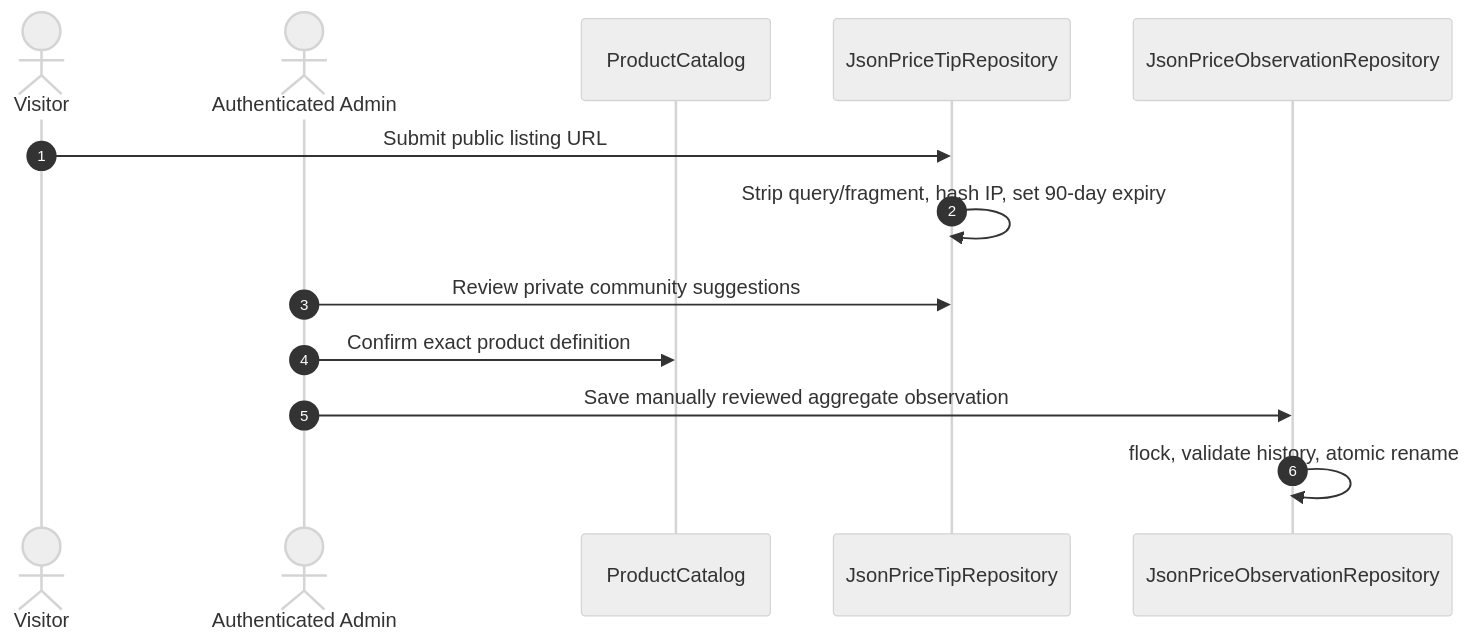
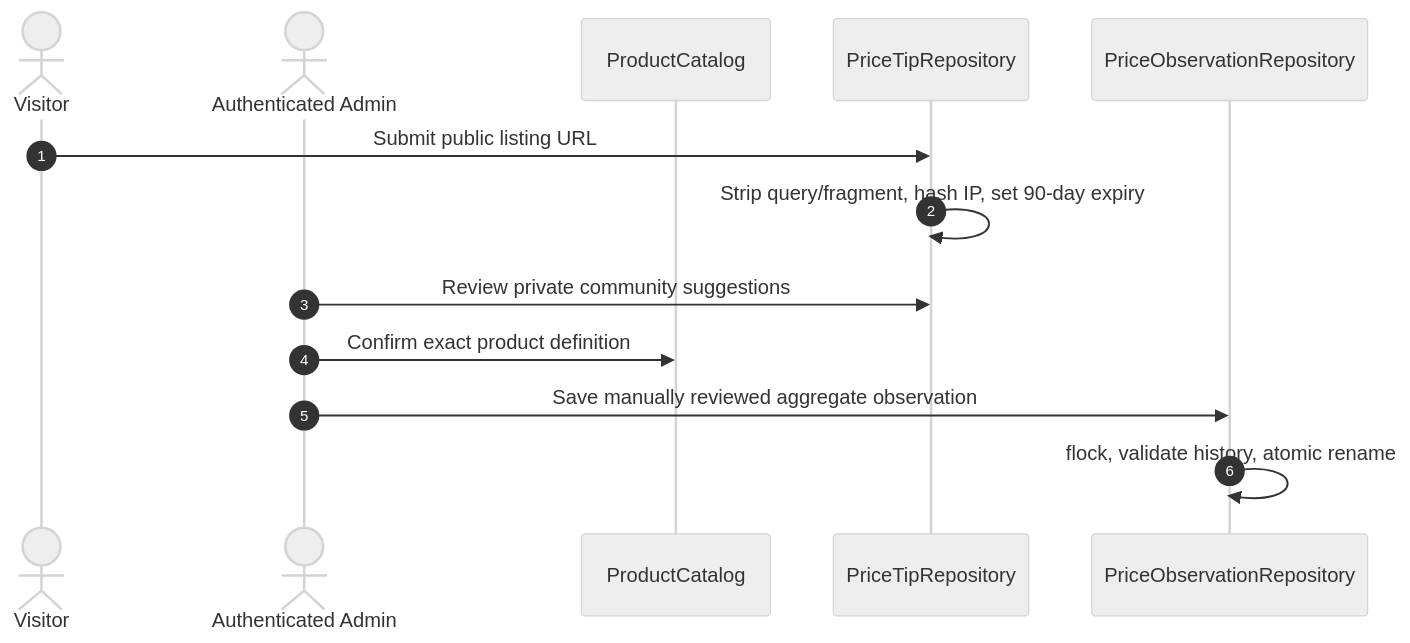
One commit to bahdanhal/landing changed the third of 3 diagrams in ARCHITECTURE.md. Above: the diagram before and after it, drawn with Mermaid (neutral theme). The commit also changed other lines of this file and 27 other files, not shown here.

````diff
--- a/ARCHITECTURE.md
+++ b/ARCHITECTURE.md
@@ -187,16 +189,16 @@
 ```mermaid
 sequenceDiagram
     autonumber
     actor Visitor
     actor Bahdan as Authenticated Admin
     participant Catalog as ProductCatalog
-    participant Tips as JsonPriceTipRepository
-    participant Repository as JsonPriceObservationRepository
+    participant Tips as PriceTipRepository
+    participant Repository as PriceObservationRepository
 
     Visitor->>Tips: Submit public listing URL
     Tips->>Tips: Strip query/fragment, hash IP, set 90-day expiry
     Bahdan->>Tips: Review private community suggestions
     Bahdan->>Catalog: Confirm exact product definition
     Bahdan->>Repository: Save manually reviewed aggregate observation
     Repository->>Repository: flock, validate history, atomic rename
 ```
````
